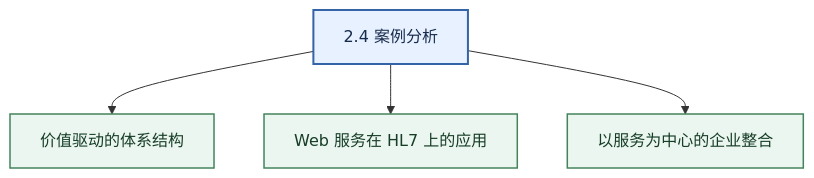
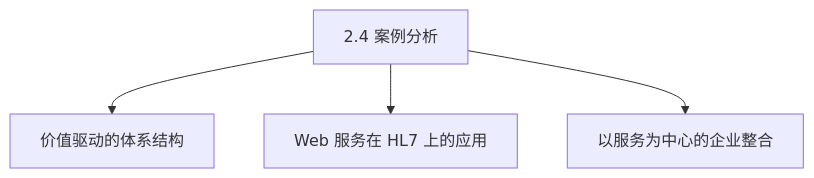
One commit to mingf423/ruankao changed the sixth of 43 diagrams in docs/system-architecture-designer/01_官方大纲与考试政策/02_案例分析大纲脑图.md. Above: the diagram before and after it, drawn with Mermaid. The commit also changed other lines of this file, not shown here.

Commit message:
Make case-analysis Mermaid diagrams renderer-compatible

````diff
--- a/docs/system-architecture-designer/01_官方大纲与考试政策/02_案例分析大纲脑图.md
+++ b/docs/system-architecture-designer/01_官方大纲与考试政策/02_案例分析大纲脑图.md
@@ -158,17 +115,10 @@
 ```mermaid
 flowchart TD
   R["2.4 案例分析"]
-  classDef root fill:#e8f1ff,stroke:#3563a8,color:#172b4d,stroke-width:2px;
-  classDef group fill:#eaf6ef,stroke:#43845b,color:#173d27,stroke-width:1.5px;
-  classDef item fill:#fff5df,stroke:#b7832f,color:#49330d,stroke-width:1px;
-  class R root;
   N1["价值驱动的体系结构"]
   R --> N1
-  class N1 group;
   N2["Web 服务在 HL7 上的应用"]
   R --> N2
-  class N2 group;
   N3["以服务为中心的企业整合"]
   R --> N3
-  class N3 group;
 ```
````
